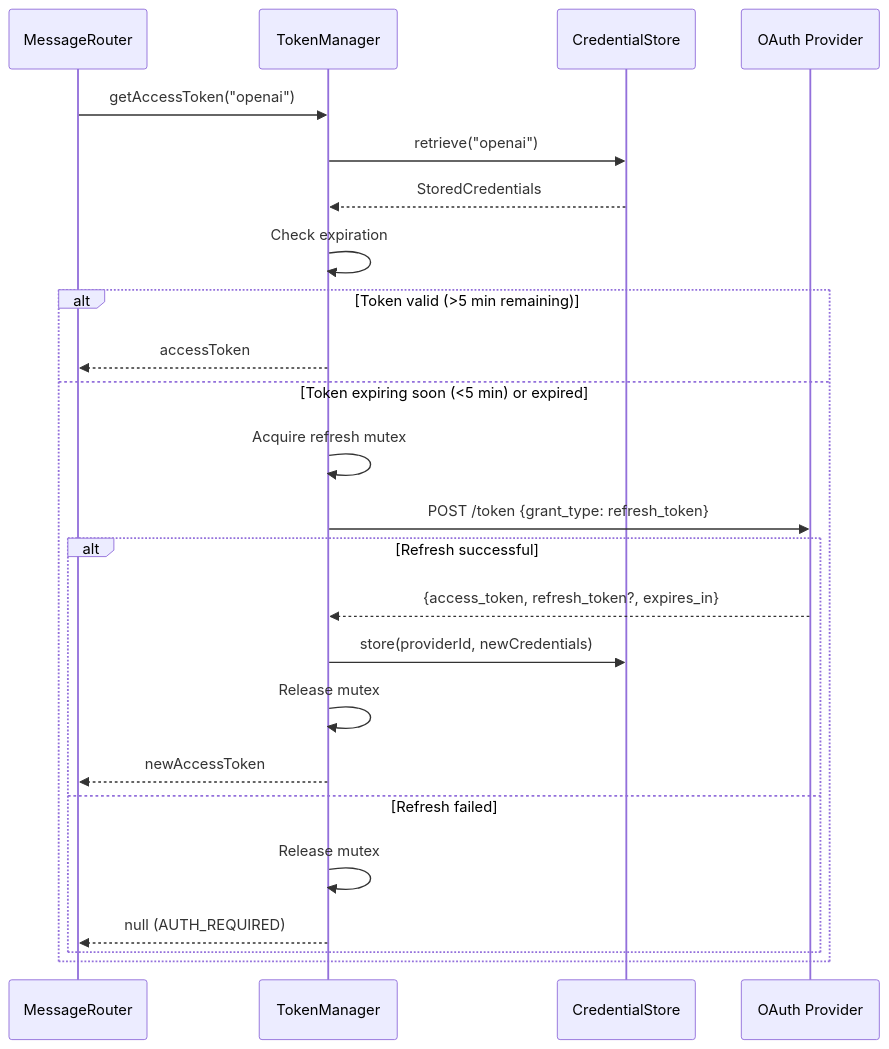
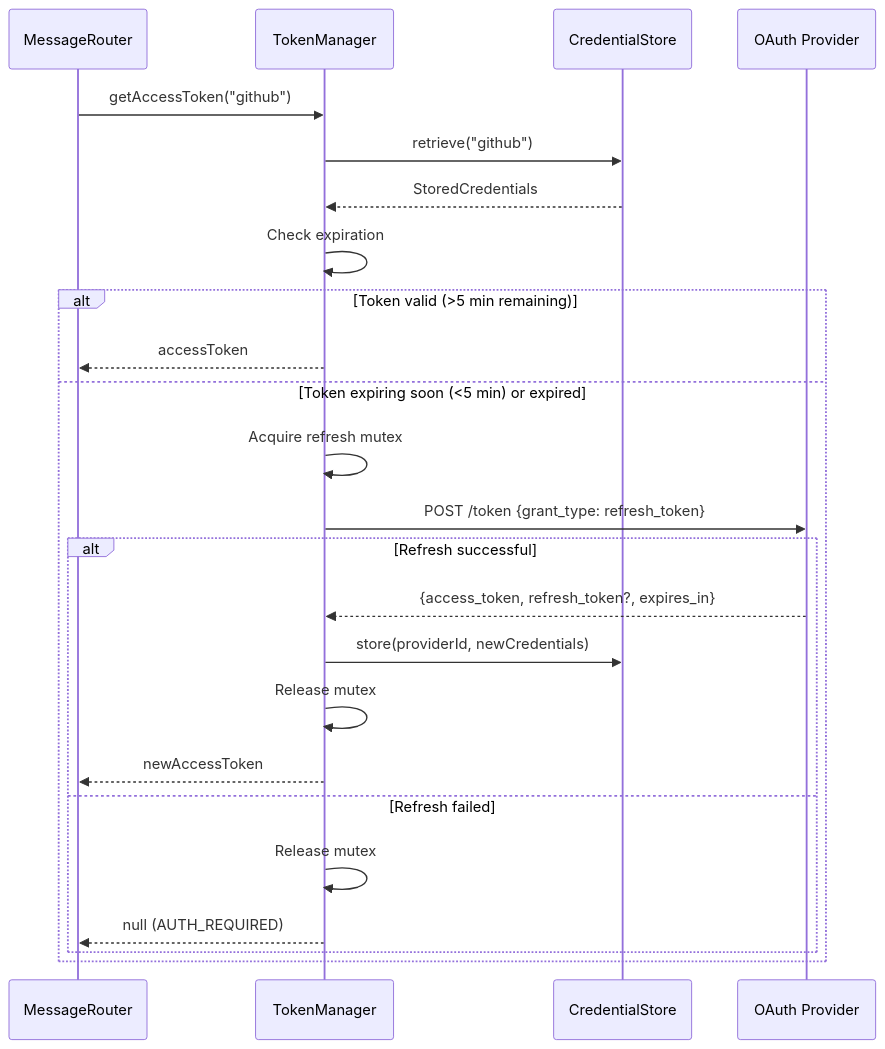
One commit to stdiobus/workers-registry changed the second of 6 diagrams in docs/oauth/technical-reference.md. Above: the diagram before and after it, drawn with Mermaid. The commit also changed other lines of this file and 29 other files, not shown here.

````diff
--- a/docs/oauth/technical-reference.md
+++ b/docs/oauth/technical-reference.md
@@ -288,30 +474,30 @@
 ```mermaid
 sequenceDiagram
     participant Router as MessageRouter
     participant TM as TokenManager
     participant Store as CredentialStore
     participant Provider as OAuth Provider
 
-    Router->>TM: getAccessToken("openai")
-    TM->>Store: retrieve("openai")
+    Router->>TM: getAccessToken("github")
+    TM->>Store: retrieve("github")
     Store-->>TM: StoredCredentials
     
     TM->>TM: Check expiration
     
     alt Token valid (>5 min remaining)
         TM-->>Router: accessToken
     else Token expiring soon (<5 min) or expired
         TM->>TM: Acquire refresh mutex
         TM->>Provider: POST /token {grant_type: refresh_token}
         
         alt Refresh successful
             Provider-->>TM: {access_token, refresh_token?, expires_in}
             TM->>Store: store(providerId, newCredentials)
             TM->>TM: Release mutex
             TM-->>Router: newAccessToken
         else Refresh failed
             TM->>TM: Release mutex
             TM-->>Router: null (AUTH_REQUIRED)
         end
     end
 ```
````
